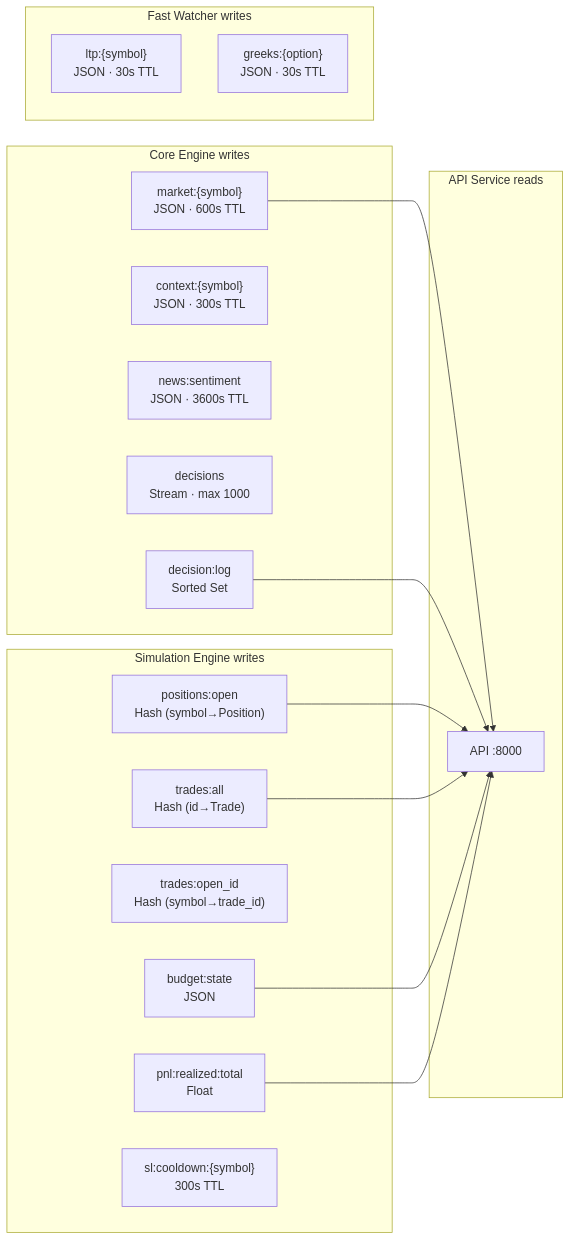
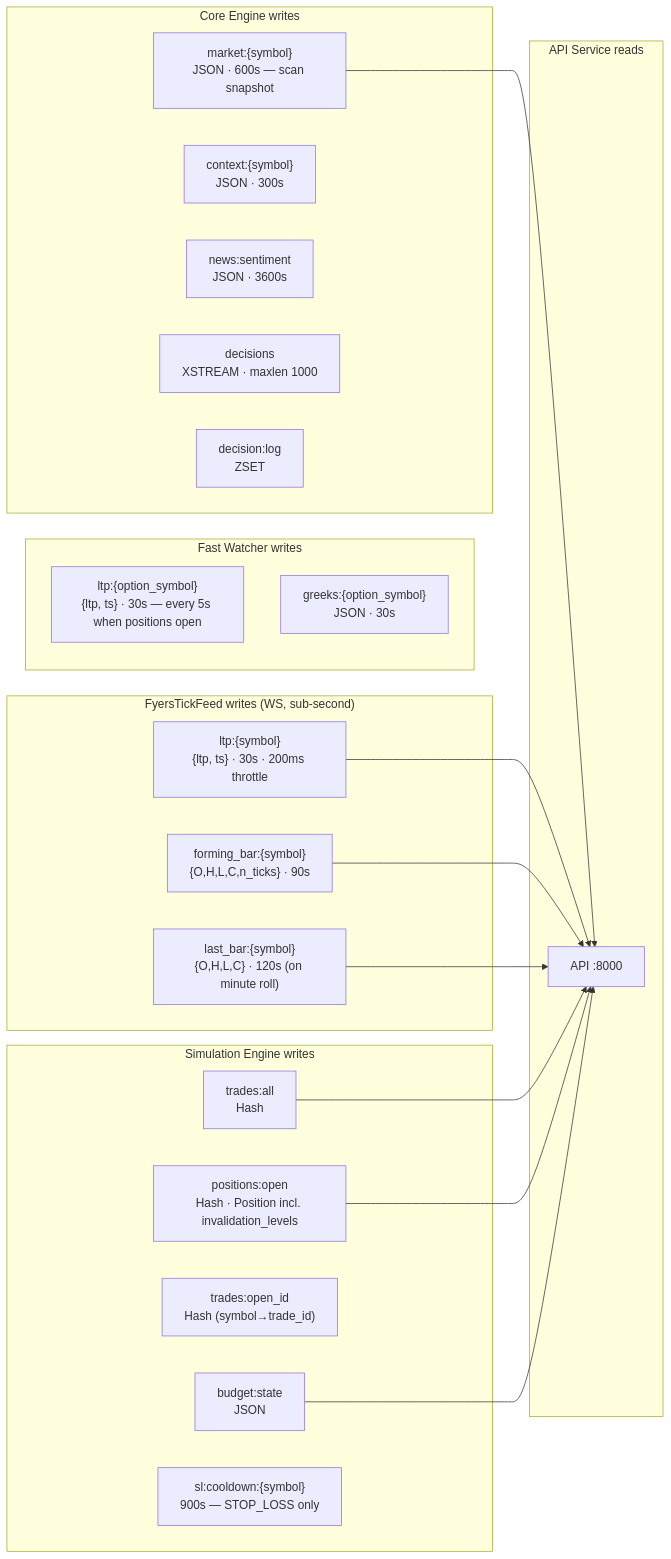
Before and after one commit to rickydjohn/fyers-autotrader: the third of 4 diagrams in ARCHITECTURE.md, drawn with Mermaid. The commit also changed other lines of this file and 1 other file, not shown here.

First line of the commit message:
docs: refresh ARCHITECTURE.md + README.md for the WS migration

````diff
--- a/ARCHITECTURE.md
+++ b/ARCHITECTURE.md
@@ -77,33 +121,39 @@
 ```mermaid
 graph LR
     subgraph "Core Engine writes"
-        MKT["market:{symbol}\nJSON · 600s TTL"]
-        CTX["context:{symbol}\nJSON · 300s TTL"]
-        NS["news:sentiment\nJSON · 3600s TTL"]
-        DST["decisions\nStream · max 1000"]
-        DL["decision:log\nSorted Set"]
+        MKT["market:{symbol}\nJSON · 600s — scan snapshot"]
+        CTX["context:{symbol}\nJSON · 300s"]
+        NS["news:sentiment\nJSON · 3600s"]
+        DST["decisions\nXSTREAM · maxlen 1000"]
+        DL["decision:log\nZSET"]
+    end
+
+    subgraph "FyersTickFeed writes (WS, sub-second)"
+        LTP["ltp:{symbol}\n{ltp, ts} · 30s · 200ms throttle"]
+        FB["forming_bar:{symbol}\n{O,H,L,C,n_ticks} · 90s"]
+        LB["last_bar:{symbol}\n{O,H,L,C} · 120s (on minute roll)"]
+    end
+
+    subgraph "Fast Watcher writes"
+        OLTP["ltp:{option_symbol}\n{ltp, ts} · 30s — every 5s when positions open"]
+        GRK["greeks:{option_symbol}\nJSON · 30s"]
     end
 
     subgraph "Simulation Engine writes"
-        POS["positions:open\nHash (symbol→Position)"]
-        TRD["trades:all\nHash (id→Trade)"]
+        POS["positions:open\nHash · Position incl. invalidation_levels"]
+        TRD["trades:all\nHash"]
         OID["trades:open_id\nHash (symbol→trade_id)"]
         BST["budget:state\nJSON"]
-        PNL["pnl:realized:total\nFloat"]
-        SLC["sl:cooldown:{symbol}\n300s TTL"]
-    end
-
-    subgraph "Fast Watcher writes"
-        LTP["ltp:{symbol}\nJSON · 30s TTL"]
-        GRK["greeks:{option}\nJSON · 30s TTL"]
+        SLC["sl:cooldown:{symbol}\n900s — STOP_LOSS only"]
     end
 
     subgraph "API Service reads"
         MKT --> API_R["API :8000"]
+        LTP --> API_R
+        FB --> API_R
+        LB --> API_R
         TRD --> API_R
-        DL --> API_R
         POS --> API_R
         BST --> API_R
-        PNL --> API_R
     end
 ```
````
